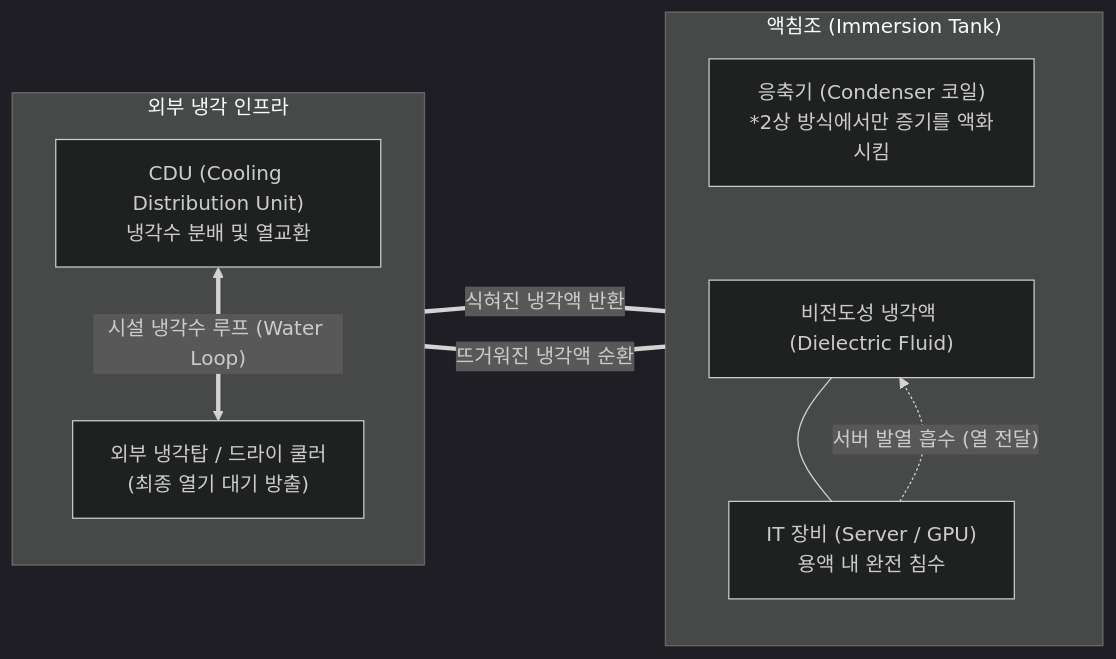
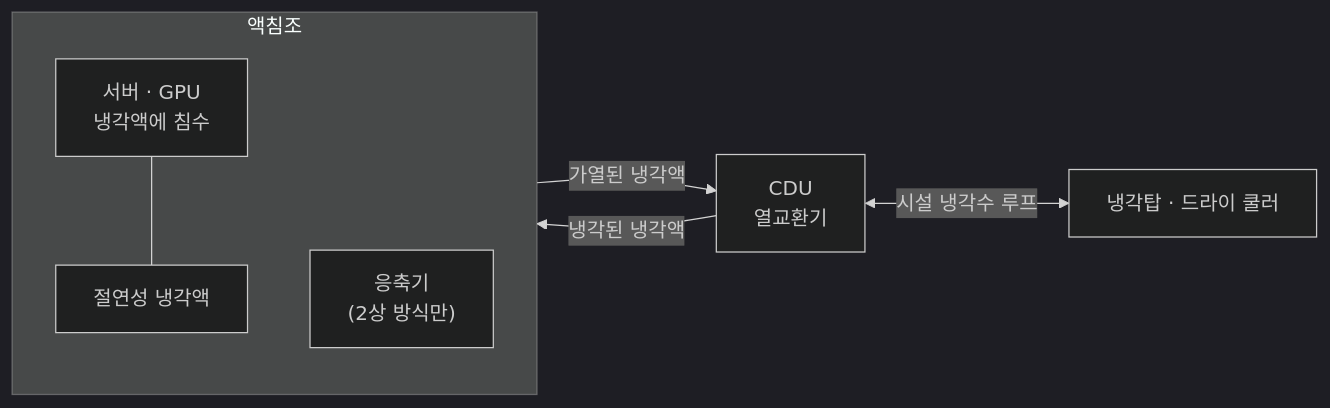
Before and after one commit to supremethumb/supremethumb.github.io: the diagram in content/01_IT Tech/Green Data Center (액침 냉각; Immersion Cooling).md, drawn with Mermaid (dark theme). The commit also changed other lines of this file and 1087 other files, not shown here.

````diff
--- a/content/01_IT Tech/Green Data Center (액침 냉각; Immersion Cooling).md
+++ b/content/01_IT Tech/Green Data Center (액침 냉각; Immersion Cooling).md
@@ -27,25 +37,13 @@
 ```mermaid
 flowchart LR
-    subgraph Immersion_Tank ["액침조 (Immersion Tank)"]
+    subgraph TANK["액침조"]
         direction TB
-        Condenser["응축기 (Condenser 코일)<br/>*2상 방식에서만 증기를 액화시킴"]
-        Fluid["비전도성 냉각액 (Dielectric Fluid)"]
-        Servers["IT 장비 (Server / GPU)<br/>용액 내 완전 침수"]
-        
-        Condenser ~~~ Fluid
-        Fluid --- Servers
+        SRV["서버 · GPU<br/>냉각액에 침수"]
+        FL["절연성 냉각액"]
+        CON["응축기<br/>(2상 방식만)"]
+        SRV --- FL
     end
-
-    subgraph Cooling_Infra ["외부 냉각 인프라"]
-        direction TB
-        CDU["CDU (Cooling Distribution Unit)<br/>냉각수 분배 및 열교환"]
-        CoolingTower["외부 냉각탑 / 드라이 쿨러<br/>(최종 열기 대기 방출)"]
-    end
-
-    Servers -. "서버 발열 흡수 (열 전달)" .-> Fluid
-    Fluid == "뜨거워진 냉각액 순환" === CDU
-    CDU == "식혀진 냉각액 반환" === Fluid
-    
-    CDU <== "시설 냉각수 루프 (Water Loop)" ==> CoolingTower
-
+    FL -- "가열된 냉각액" --> CDU["CDU<br/>열교환기"]
+    CDU -- "냉각된 냉각액" --> FL
+    CDU <-- "시설 냉각수 루프" --> CT["냉각탑 · 드라이 쿨러"]
 ```
````
